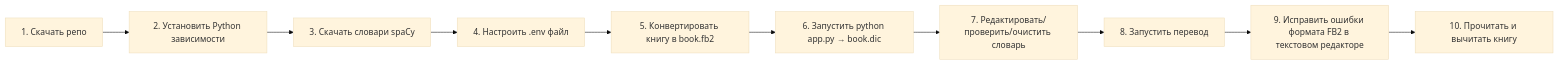
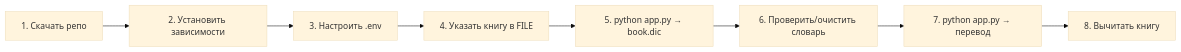
One commit to NW15D/sunny-narrator changed the diagram in README_RU.md. Above: the diagram before and after it, drawn with Mermaid (base theme). The commit also changed other lines of this file and 14 other files, not shown here.

````diff
--- a/README_RU.md
+++ b/README_RU.md
@@ -23,12 +27,10 @@
 ```mermaid
 flowchart LR
-    A[1. Скачать репо] --> B[2. Установить Python зависимости]
-    B --> C[3. Скачать словари spaCy]
-    C --> D[4. Настроить .env файл]
-    D --> E[5. Конвертировать книгу в book.fb2]
-    E --> F[6. Запустить python app.py → book.dic]
-    F --> G[7. Редактировать/проверить/очистить словарь]
-    G --> H[8. Запустить перевод]
-    H --> I[9. Исправить ошибки формата FB2 в текстовом редакторе]
-    I --> J[10. Прочитать и вычитать книгу]
+    A[1. Скачать репо] --> B[2. Установить зависимости]
+    B --> C[3. Настроить .env]
+    C --> D[4. Указать книгу в FILE]
+    D --> E[5. python app.py → book.dic]
+    E --> F[6. Проверить/очистить словарь]
+    F --> G[7. python app.py → перевод]
+    G --> H[8. Вычитать книгу]
 ```
````
